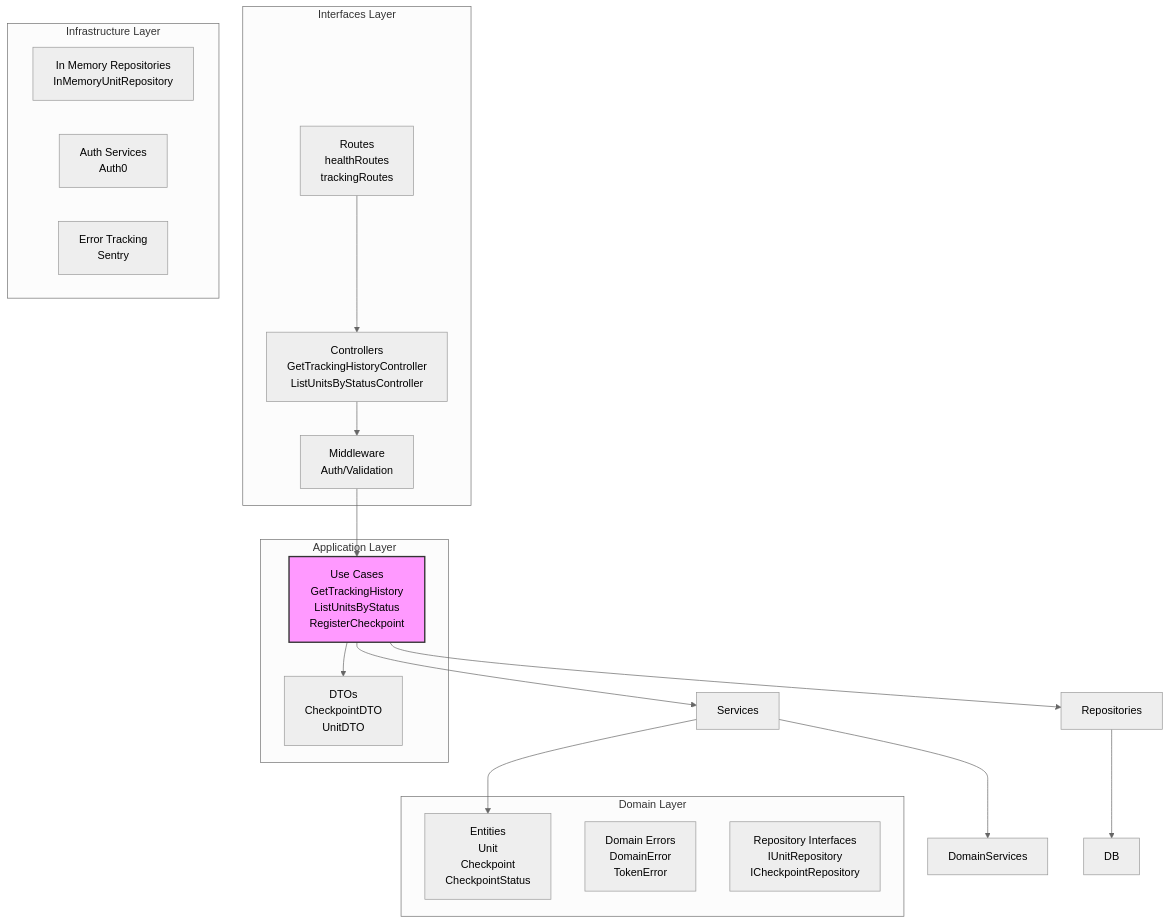
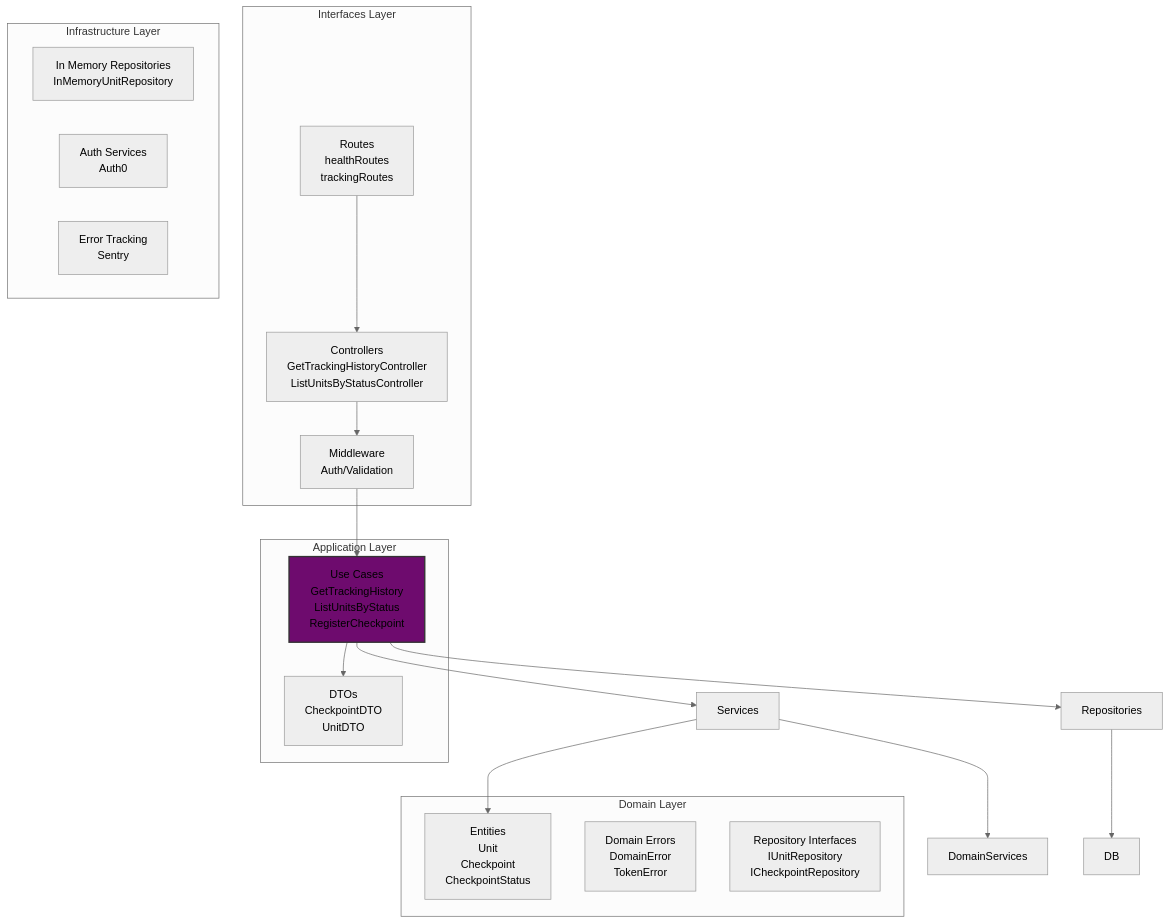
One commit to otherside9710/tracking-api changed the third of 4 diagrams in ARCHITECTURE.md. Above: the diagram before and after it, drawn with Mermaid (neutral theme). The commit also changed other lines of this file, not shown here.

Commit message:
docs: update architecture md

````diff
--- a/ARCHITECTURE.md
+++ b/ARCHITECTURE.md
@@ -49,37 +49,37 @@
 ```mermaid
 graph TB
     subgraph "Interfaces Layer"
         Controllers[Controllers<br/>GetTrackingHistoryController<br/>ListUnitsByStatusController]
         Middleware[Middleware<br/>Auth/Validation]
         Routes[Routes<br/>healthRoutes<br/>trackingRoutes]
     end
     
     subgraph "Application Layer"
         UseCases[Use Cases<br/>GetTrackingHistory<br/>ListUnitsByStatus<br/>RegisterCheckpoint]
         DTOs[DTOs<br/>CheckpointDTO<br/>UnitDTO]
     end
     
     subgraph "Domain Layer"
         Entities[Entities<br/>Unit<br/>Checkpoint<br/>CheckpointStatus]
         Errors[Domain Errors<br/>DomainError<br/>TokenError]
         Repos[Repository Interfaces<br/>IUnitRepository<br/>ICheckpointRepository]
     end
     
     subgraph "Infrastructure Layer"
         InMemoryRepos[In Memory Repositories<br/>InMemoryUnitRepository]
         AuthService[Auth Services<br/>Auth0]
         ErrorTracking[Error Tracking<br/>Sentry]
     end
     
     Routes --> Controllers
     Controllers --> Middleware
     Middleware --> UseCases
     UseCases --> DTOs
     UseCases --> Services
     Services --> Entities
     Services --> DomainServices
     UseCases --> Repositories
     Repositories --> DB
     
-    style UseCases fill:#f9f,stroke:#333,stroke-width:2px
+    style UseCases fill:#6E0B6E,stroke:#333,stroke-width:2px
 ```
````
